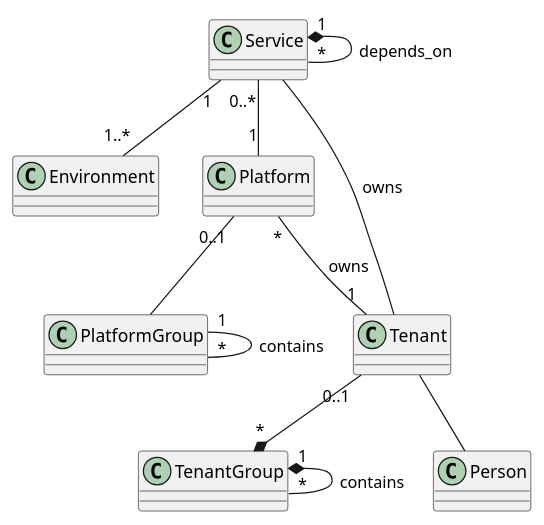
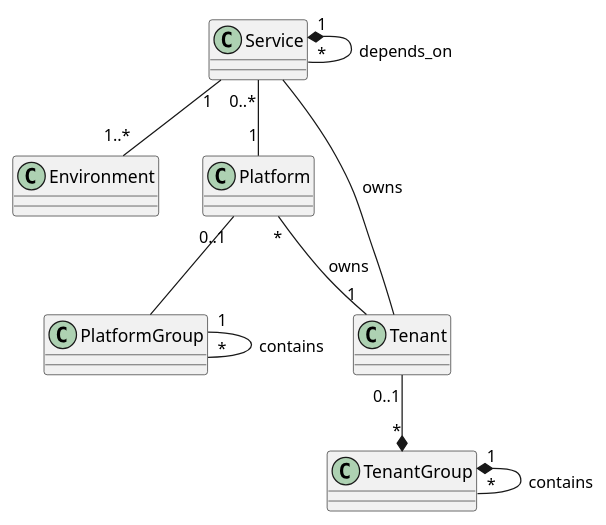
The diagram in docs/model.erd.puml (FlxPeters/servicebox), drawn with PlantUML before and after one commit. The commit also changed 12 other files, not shown here.

```diff
--- a/docs/model.erd.puml
+++ b/docs/model.erd.puml
@@ -1,27 +1,25 @@
 @startuml
 
 
 Class Service
 Class Tenant
 Class TenantGroup
-Class Person
 Class Environment
 Class Platform
 Class PlatformGroup
 
-Tenant -- Person
 Tenant "0..1" --* "*" TenantGroup
 TenantGroup "1" *-- "*" TenantGroup : contains
 
 Platform "*" -- "1" Tenant : owns
 Platform "0..1" -- PlatformGroup
 PlatformGroup "1" -- "*" PlatformGroup: contains
 
 Tenant -- Service : owns
 
 Service "1" *-- "*"  Service : depends_on
 
 Service "0..*" -- "1" Platform
 Service "1" -- "1..*" Environment
 
 @enduml--
```
